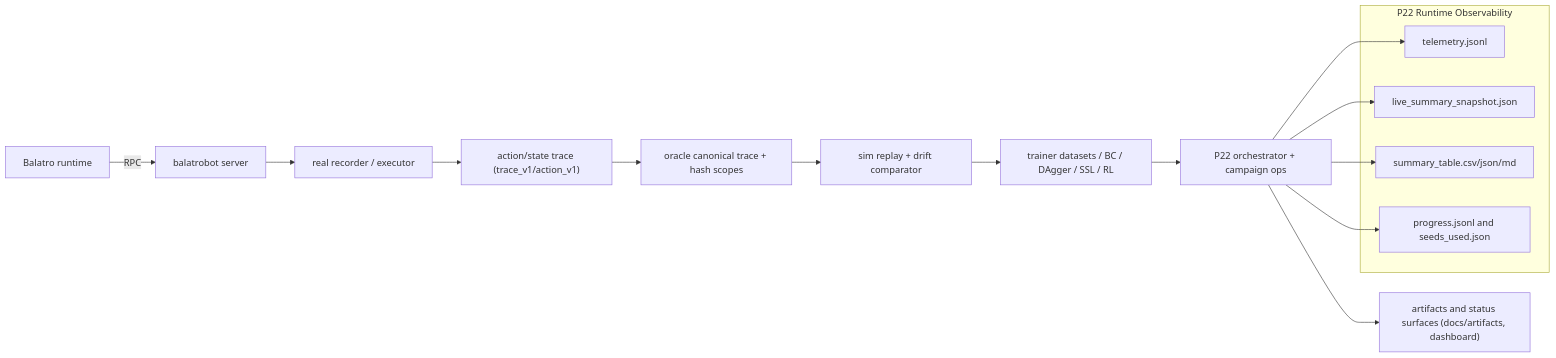
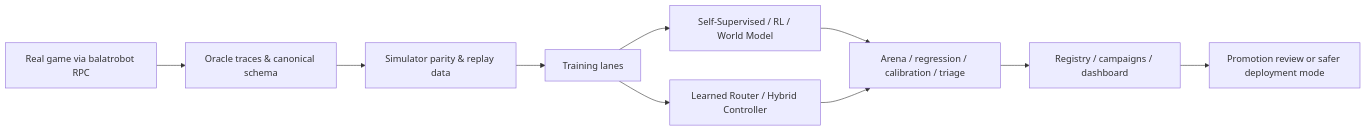
Before and after one commit to XcapeAxis/BalatroAI: the first of 2 diagrams in README.md, drawn with Mermaid. The commit also changed other lines of this file, not shown here.

````diff
--- a/README.md
+++ b/README.md
@@ -325,23 +138,12 @@
 ```mermaid
 flowchart LR
-  A["Balatro runtime"] -->|RPC| B["balatrobot server"]
-  B --> C["real recorder / executor"]
-  C --> D["action/state trace (trace_v1/action_v1)"]
-  D --> E["oracle canonical trace + hash scopes"]
-  E --> F["sim replay + drift comparator"]
-  F --> G["trainer datasets / BC / DAgger / SSL / RL"]
-  G --> H["P22 orchestrator + campaign ops"]
-  H --> I["artifacts and status surfaces (docs/artifacts, dashboard)"]
-
-  subgraph OBS["P22 Runtime Observability"]
-    O1["telemetry.jsonl"]
-    O2["live_summary_snapshot.json"]
-    O3["summary_table.csv/json/md"]
-    O4["progress.jsonl and seeds_used.json"]
-  end
-
-  H --> O1
-  H --> O2
-  H --> O3
-  H --> O4
+  A["Real game via balatrobot RPC"] --> B["Oracle traces & canonical schema"]
+  B --> C["Simulator parity & replay data"]
+  C --> D["Training lanes"]
+  D --> D1["Self-Supervised / RL / World Model"]
+  D --> D2["Learned Router / Hybrid Controller"]
+  D1 --> E["Arena / regression / calibration / triage"]
+  D2 --> E
+  E --> F["Registry / campaigns / dashboard"]
+  F --> G["Promotion review or safer deployment mode"]
 ```
````
